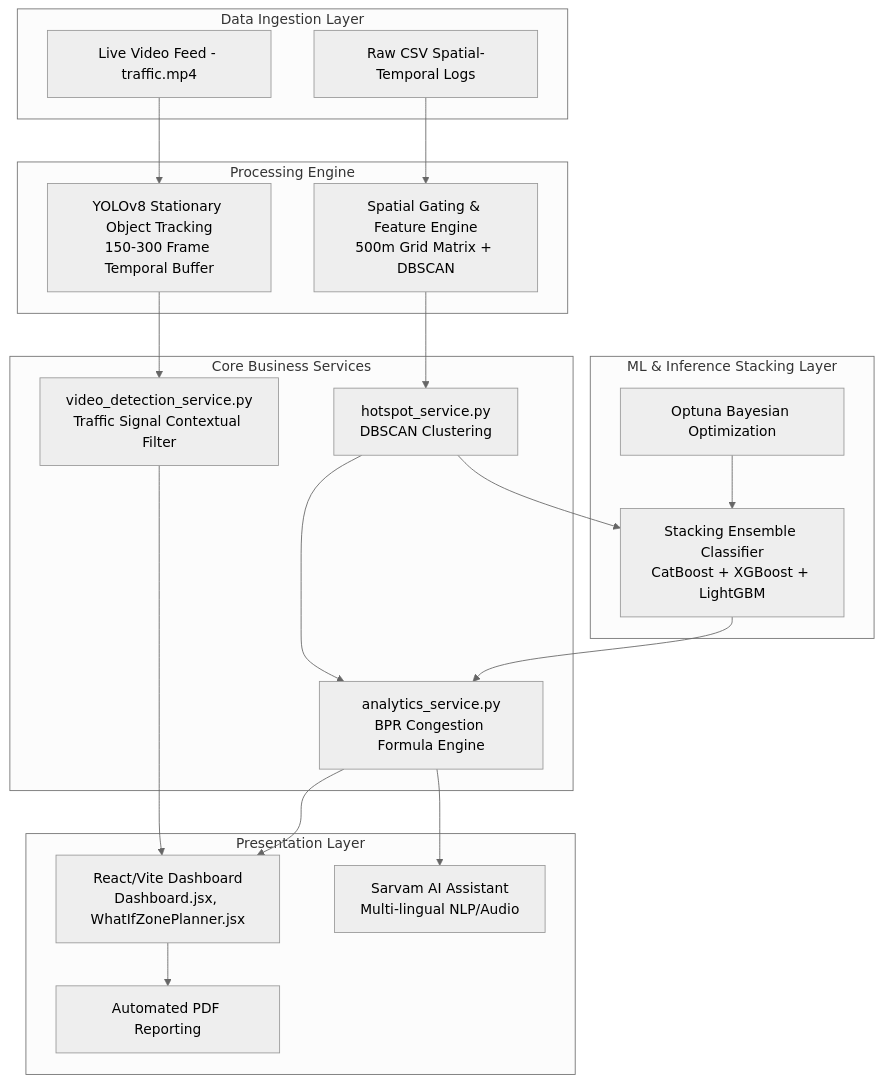
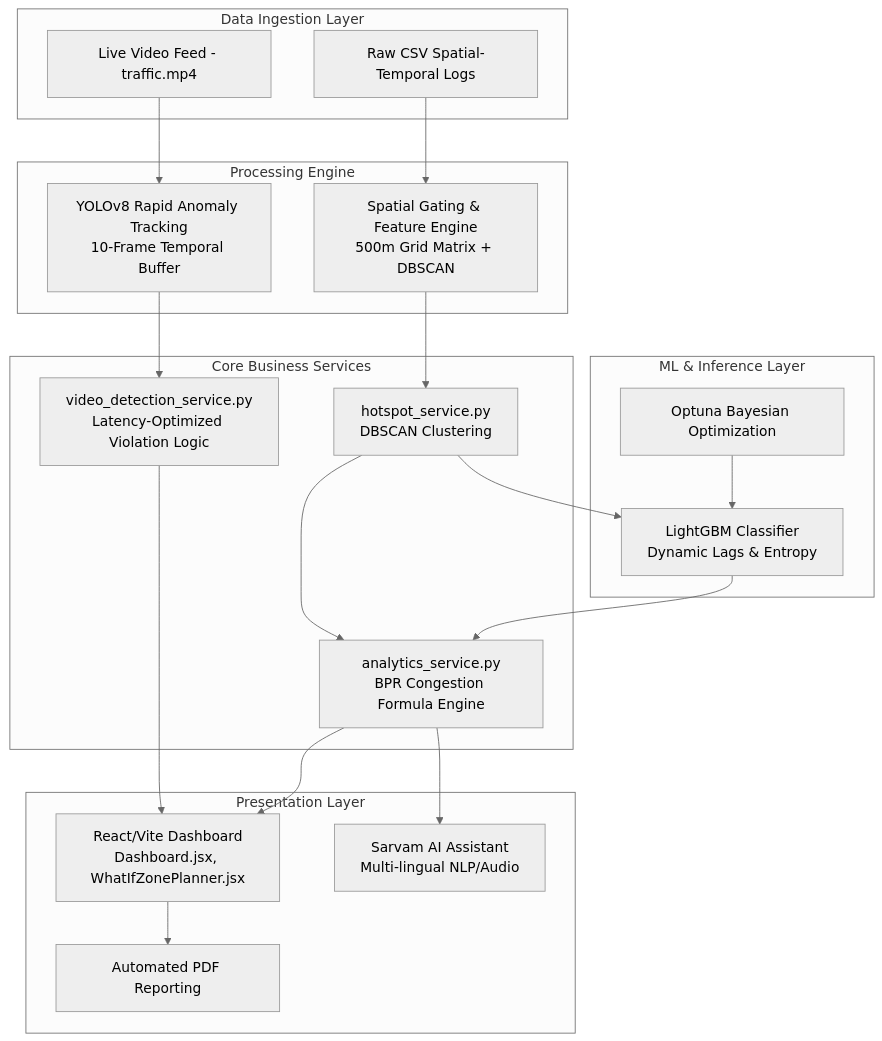
Before and after one commit to Vedang-M/BharatBytes-Gridlock-Stage-2: the diagram in README.md, drawn with Mermaid (neutral theme). The commit also changed other lines of this file and 14 other files, not shown here.

````diff
--- a/README.md
+++ b/README.md
@@ -15,46 +15,46 @@
 ```mermaid
 graph TD
     subgraph Data Ingestion Layer
         CSV[Raw CSV Spatial-Temporal Logs]
         CCTV[Live Video Feed - traffic.mp4]
     end
 
     subgraph Processing Engine
         Spatial[Spatial Gating & Feature Engine<br/>500m Grid Matrix + DBSCAN]
-        YOLO[YOLOv8 Stationary Object Tracking<br/>150-300 Frame Temporal Buffer]
+        YOLO[YOLOv8 Rapid Anomaly Tracking<br/>10-Frame Temporal Buffer]
     end
 
-    subgraph ML & Inference Stacking Layer
-        Stack[Stacking Ensemble Classifier<br/>CatBoost + XGBoost + LightGBM]
+    subgraph ML & Inference Layer
+        LGBM[LightGBM Classifier<br/>Dynamic Lags & Entropy]
         Optuna[Optuna Bayesian Optimization]
     end
 
     subgraph Core Business Services
         Hotspot[hotspot_service.py<br/>DBSCAN Clustering]
-        Video[video_detection_service.py<br/>Traffic Signal Contextual Filter]
+        Video[video_detection_service.py<br/>Latency-Optimized Violation Logic]
         Analytics[analytics_service.py<br/>BPR Congestion Formula Engine]
     end
 
     subgraph Presentation Layer
         React[React/Vite Dashboard<br/>Dashboard.jsx, WhatIfZonePlanner.jsx]
         AI[Sarvam AI Assistant<br/>Multi-lingual NLP/Audio]
         PDF[Automated PDF Reporting]
     end
 
     %% Data Flow
     CSV --> Spatial
     CCTV --> YOLO
     
     Spatial --> Hotspot
-    Hotspot --> Stack
-    Optuna --> Stack
+    Hotspot --> LGBM
+    Optuna --> LGBM
     
     YOLO --> Video
-    Stack --> Analytics
+    LGBM --> Analytics
     Hotspot --> Analytics
     
     Analytics --> React
     Video --> React
     Analytics --> AI
     React --> PDF
 ```
````
